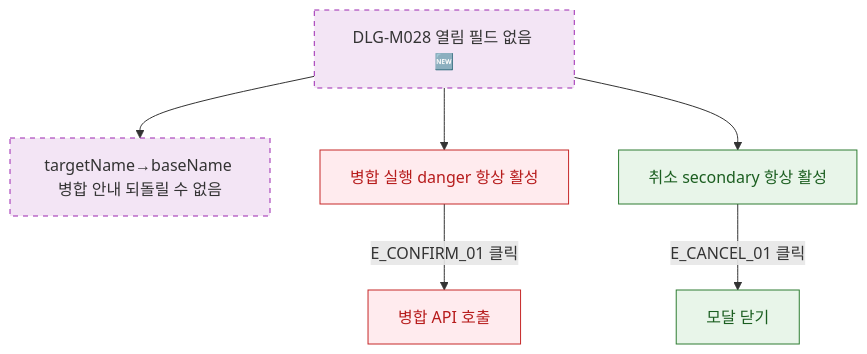
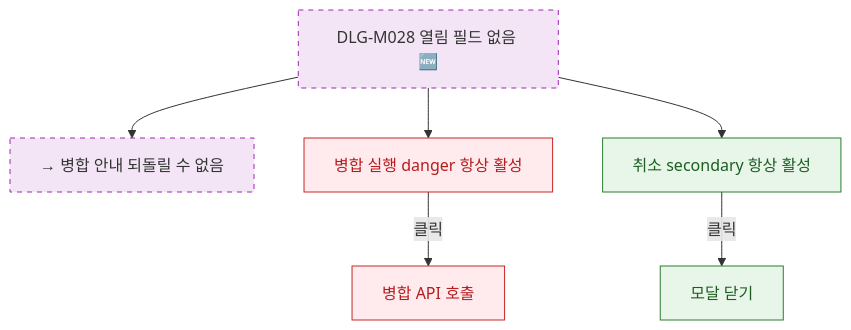
Before and after one commit to dev-spogym/admin-pando: the diagram in docs/다이어그램/D02_회원관리/DLG/DLG-M028_회원병합확인/M2_필드검증.md, drawn with Mermaid. The commit also changed other lines of this file and 1660 other files, not shown here.

First line of the commit message:
다이어그램: 기획자/클라이언트 납품본으로 정리

````diff
--- a/docs/다이어그램/D02_회원관리/DLG/DLG-M028_회원병합확인/M2_필드검증.md
+++ b/docs/다이어그램/D02_회원관리/DLG/DLG-M028_회원병합확인/M2_필드검증.md
@@ -22,20 +20,20 @@
 ```mermaid
 flowchart TD
   DLG[DLG-M028 열림 필드 없음 🆕]
 
-  DLG --> INFO[targetName→baseName 병합 안내 되돌릴 수 없음]
+  DLG --> INFO[→ 병합 안내 되돌릴 수 없음]
   DLG --> BTN_MERGE[병합 실행 danger 항상 활성]
   DLG --> BTN_CANCEL[취소 secondary 항상 활성]
 
-  BTN_MERGE  -->|E_CONFIRM_01 클릭| API[병합 API 호출]
-  BTN_CANCEL -->|E_CANCEL_01 클릭| CLOSE[모달 닫기]
+  BTN_MERGE -->|클릭|API[병합 API 호출]
+  BTN_CANCEL -->|클릭|CLOSE[모달 닫기]
 
   classDef newFeature fill:#F3E5F5,stroke:#9C27B0,stroke-dasharray:5 5
-  classDef system     fill:#EDE7F6,stroke:#5E35B2
-  classDef success    fill:#E8F5E9,stroke:#2E7D32,color:#1B5E20
-  classDef error      fill:#FFEBEE,stroke:#C62828,color:#B71C1C
+  classDef system fill:#EDE7F6,stroke:#5E35B2
+  classDef success fill:#E8F5E9,stroke:#2E7D32,color:#1B5E20
+  classDef error fill:#FFEBEE,stroke:#C62828,color:#B71C1C
 
   class DLG,INFO newFeature
   class BTN_CANCEL,CLOSE success
   class BTN_MERGE,API error
 ```
````
